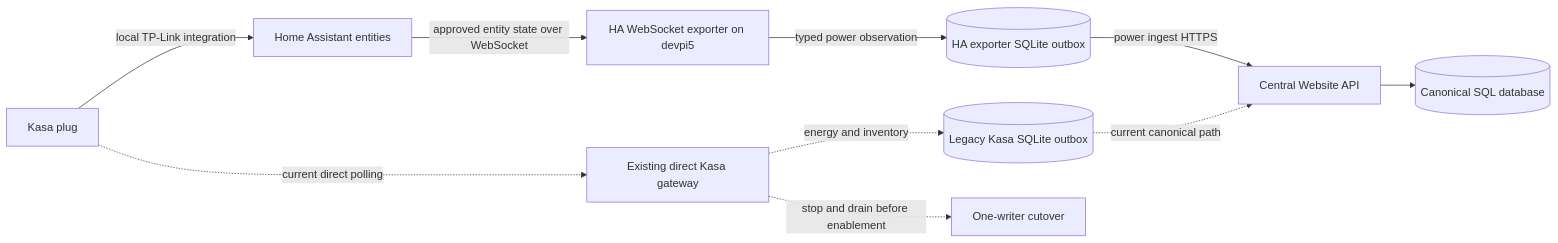
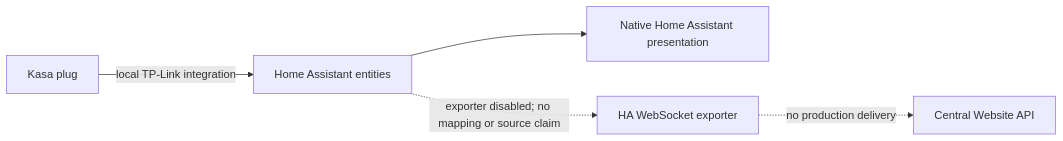
One commit to HualapaiValley/HVO.WebSite changed the sixth of 7 diagrams in docs/architecture/EDGE_DATA_FLOWS.md. Above: the diagram before and after it, drawn with Mermaid. The commit also changed other lines of this file and 256 other files, not shown here.

Commit message:
chore: retire legacy gateway projects (#371)

````diff
--- a/docs/architecture/EDGE_DATA_FLOWS.md
+++ b/docs/architecture/EDGE_DATA_FLOWS.md
@@ -157,13 +142,7 @@
 ```mermaid
 flowchart LR
     KASA[Kasa plug] -->|local TP-Link integration| HA[Home Assistant entities]
-    HA -->|approved entity state over WebSocket| EXP[HA WebSocket exporter on devpi5]
-    EXP -->|typed power observation| OUT[(HA exporter SQLite outbox)]
-    OUT -->|power ingest HTTPS| API[Central Website API]
-    API --> DB[(Canonical SQL database)]
-
-    KASA -. current direct polling .-> LEGACY[Existing direct Kasa gateway]
-    LEGACY -. energy and inventory .-> LOUT[(Legacy Kasa SQLite outbox)]
-    LOUT -. current canonical path .-> API
-    LEGACY -. stop and drain before enablement .-> CUTOVER[One-writer cutover]
+    HA --> PRESENT[Native Home Assistant presentation]
+    HA -. exporter disabled; no mapping or source claim .-> EXP[HA WebSocket exporter]
+    EXP -. no production delivery .-> API[Central Website API]
 ```
````
